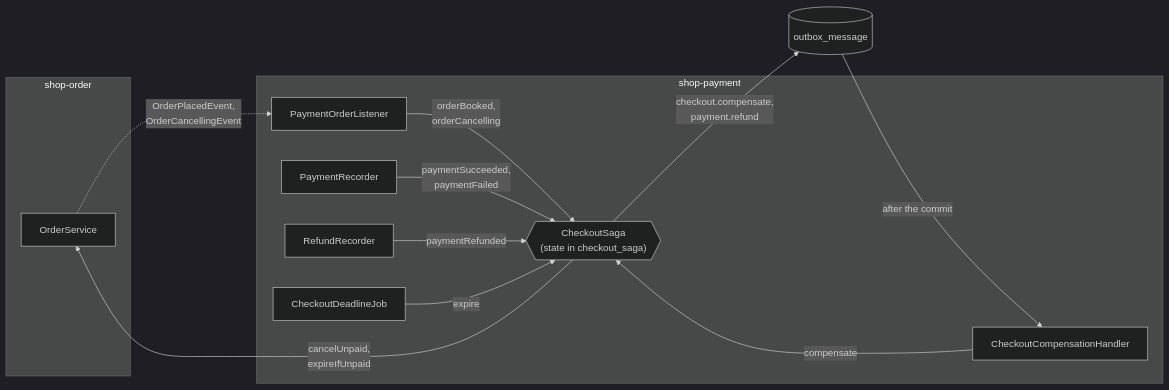
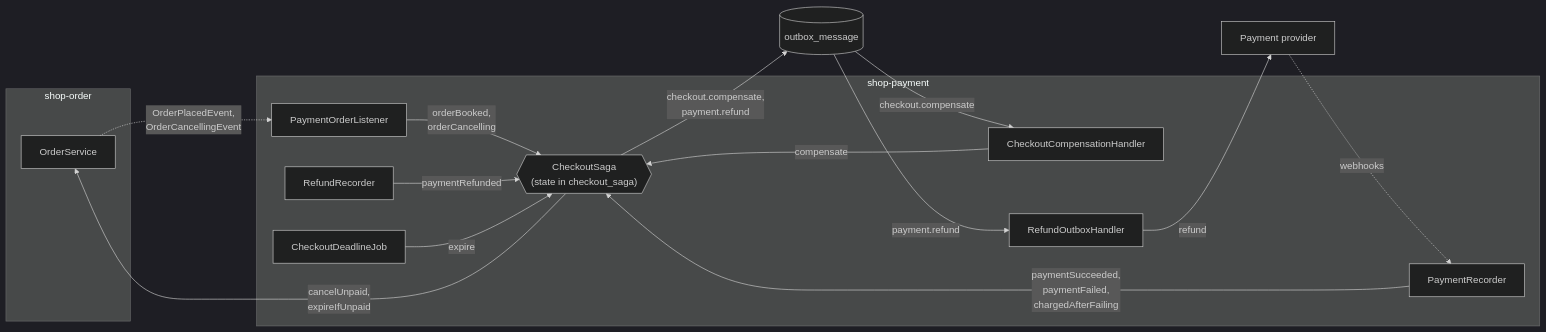
Diagram 18 of 21 in docs/payment-design.md (Aryankanani1/shopping-cart-spring-security), drawn with Mermaid (dark theme) before and after one commit. The commit also changed other lines of this file and 2 other files, not shown here.

First line of the commit message:
docs: keep the design docs and the README to diagrams, tables and links

````diff
--- a/docs/payment-design.md
+++ b/docs/payment-design.md
@@ -1249,24 +600,29 @@
 ```mermaid
 flowchart LR
     subgraph order[shop-order]
         OS[OrderService]
     end
     subgraph payment[shop-payment]
         L[PaymentOrderListener]
         PR[PaymentRecorder]
         RR[RefundRecorder]
         CS{{"CheckoutSaga<br/>(state in checkout_saga)"}}
         J[CheckoutDeadlineJob]
         H[CheckoutCompensationHandler]
+        RH[RefundOutboxHandler]
     end
     OB[(outbox_message)]
+    G[Payment provider]
     OS -.->|OrderPlacedEvent,<br/>OrderCancellingEvent| L
     L -->|orderBooked,<br/>orderCancelling| CS
-    PR -->|paymentSucceeded,<br/>paymentFailed| CS
+    PR -->|paymentSucceeded,<br/>paymentFailed,<br/>chargedAfterFailing| CS
     RR -->|paymentRefunded| CS
     J -->|expire| CS
     CS -->|cancelUnpaid,<br/>expireIfUnpaid| OS
     CS -->|checkout.compensate,<br/>payment.refund| OB
-    OB -->|after the commit| H
+    OB -->|checkout.compensate| H
     H -->|compensate| CS
+    OB -->|payment.refund| RH
+    RH -->|refund| G
+    G -.->|webhooks| PR
 ```
````
